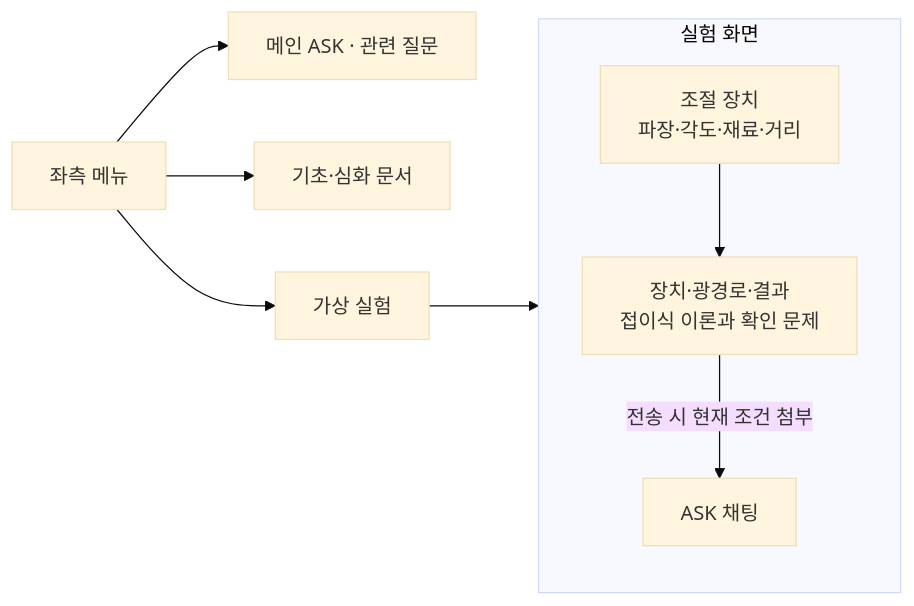
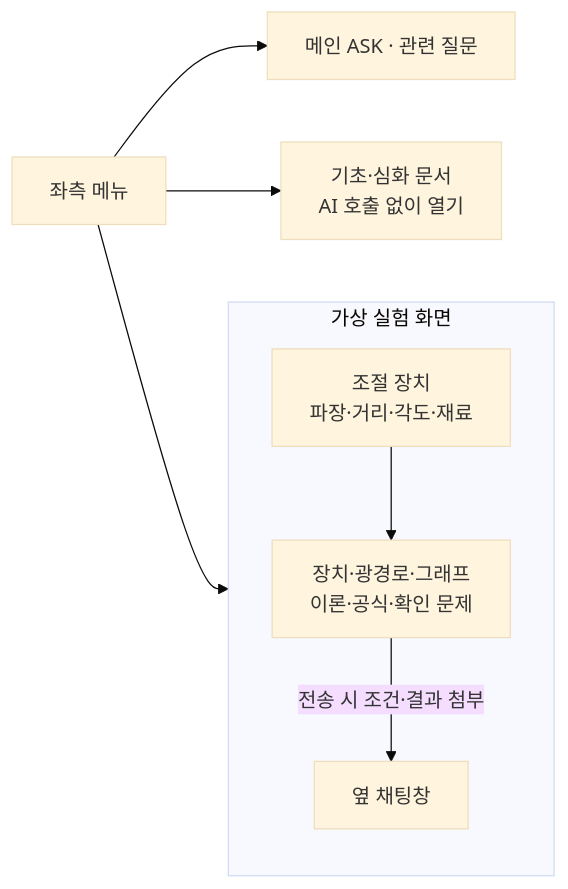
Before and after one commit to Yoonjin-Ko/Optics-Lab-Assistant: the first of 3 diagrams in doc/README.md, drawn with Mermaid (base theme). The commit also changed other lines of this file and 120 other files, not shown here.

````diff
--- a/doc/README.md
+++ b/doc/README.md
@@ -19,14 +43,13 @@
 ```mermaid
 flowchart LR
     Menu["좌측 메뉴"] --> Home["메인 ASK · 관련 질문"]
-    Menu --> Docs["기초·심화 문서"]
-    Menu --> Lab["가상 실험"]
-    subgraph Workspace["실험 화면"]
-        View["장치·광경로·결과<br/>접이식 이론과 확인 문제"]
-        Controls["조절 장치<br/>파장·각도·재료·거리"]
-        Chat["ASK 채팅"]
-        Controls --> View
-        View -->|"전송 시 현재 조건 첨부"| Chat
+    Menu --> Doc["기초·심화 문서<br/>AI 호출 없이 열기"]
+    Menu --> Experiment
+    subgraph Experiment["가상 실험 화면"]
+        Visual["장치·광경로·그래프<br/>이론·공식·확인 문제"]
+        Control["조절 장치<br/>파장·거리·각도·재료"]
+        Ask["옆 채팅창"]
+        Control --> Visual
+        Visual -->|"전송 시 조건·결과 첨부"| Ask
     end
-    Lab --> Workspace
 ```
````
